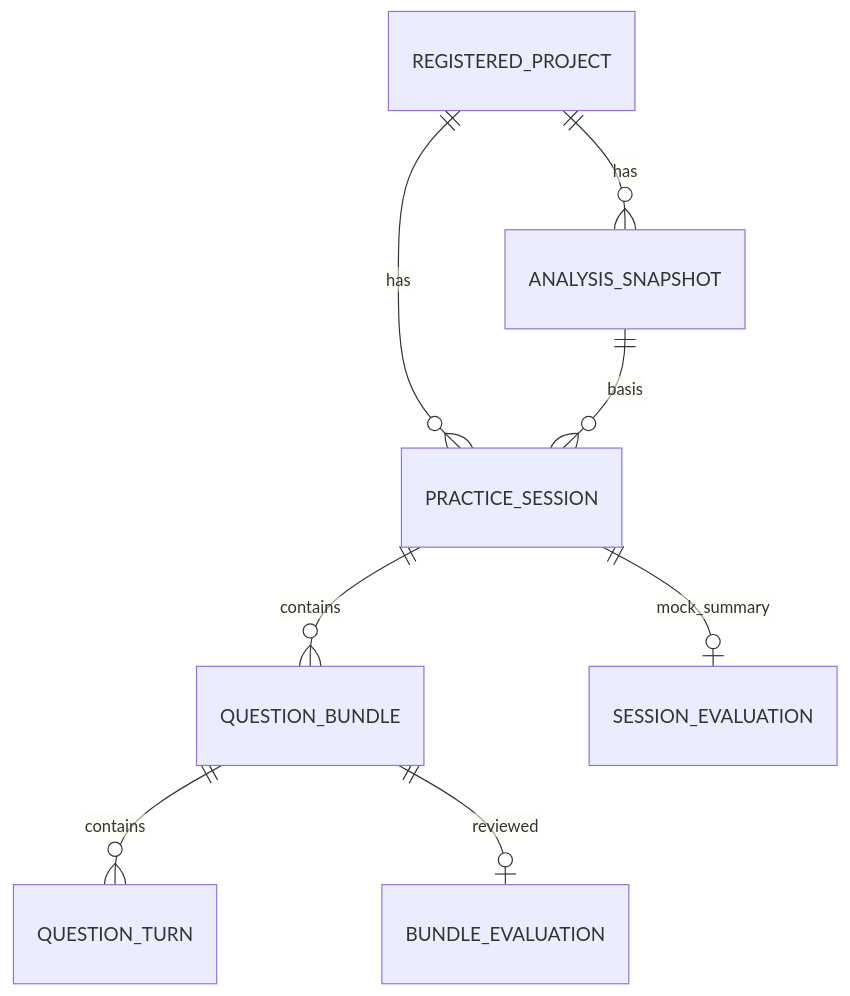
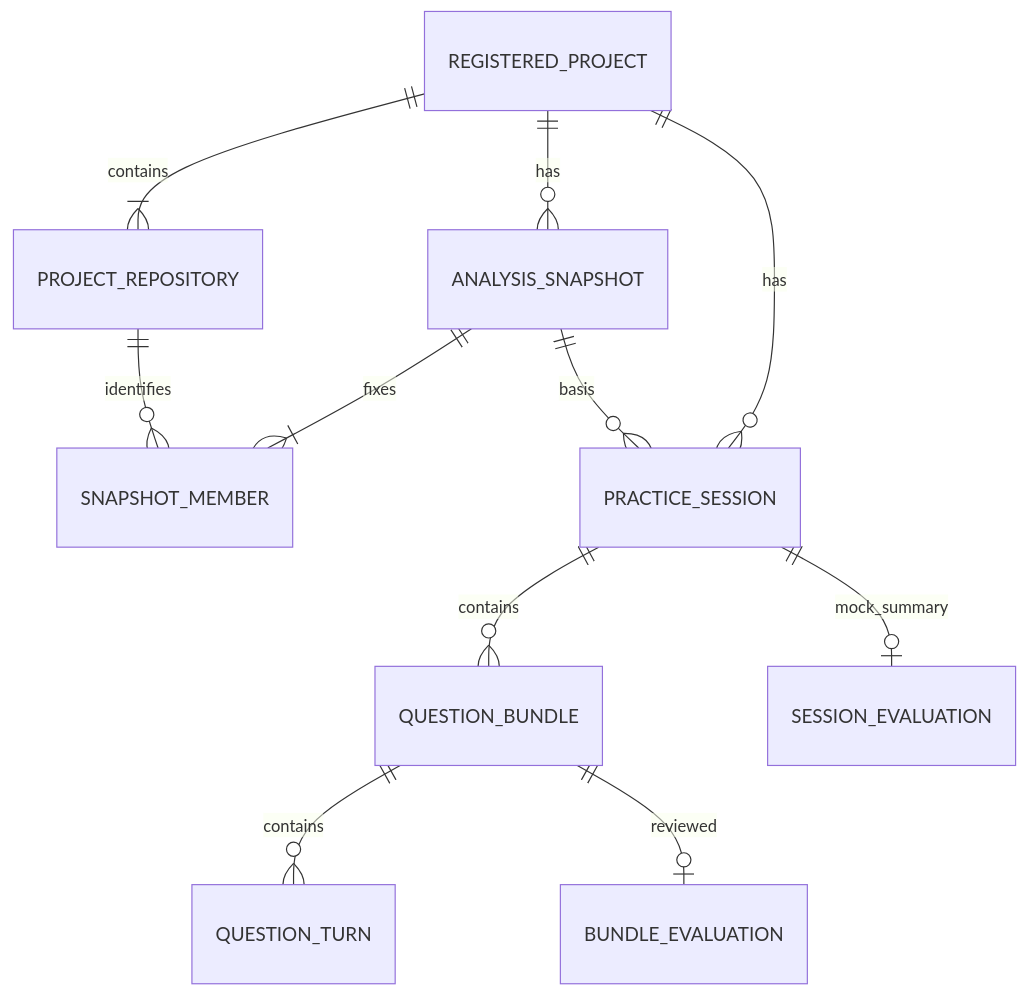
Before and after one commit to thedevfield/DevField-Platform: the fourth of 5 diagrams in docs/products/repoq/PRD.md, drawn with Mermaid. The commit also changed other lines of this file and 6 other files, not shown here.

````diff
--- a/docs/products/repoq/PRD.md
+++ b/docs/products/repoq/PRD.md
@@ -586,10 +646,13 @@
 ```mermaid
 erDiagram
+    REGISTERED_PROJECT ||--|{ PROJECT_REPOSITORY : contains
     REGISTERED_PROJECT ||--o{ ANALYSIS_SNAPSHOT : has
+    ANALYSIS_SNAPSHOT ||--|{ SNAPSHOT_MEMBER : fixes
+    PROJECT_REPOSITORY ||--o{ SNAPSHOT_MEMBER : identifies
     REGISTERED_PROJECT ||--o{ PRACTICE_SESSION : has
     ANALYSIS_SNAPSHOT ||--o{ PRACTICE_SESSION : basis
     PRACTICE_SESSION ||--o{ QUESTION_BUNDLE : contains
     QUESTION_BUNDLE ||--o{ QUESTION_TURN : contains
     QUESTION_BUNDLE ||--o| BUNDLE_EVALUATION : reviewed
     PRACTICE_SESSION ||--o| SESSION_EVALUATION : mock_summary
 ```
````
